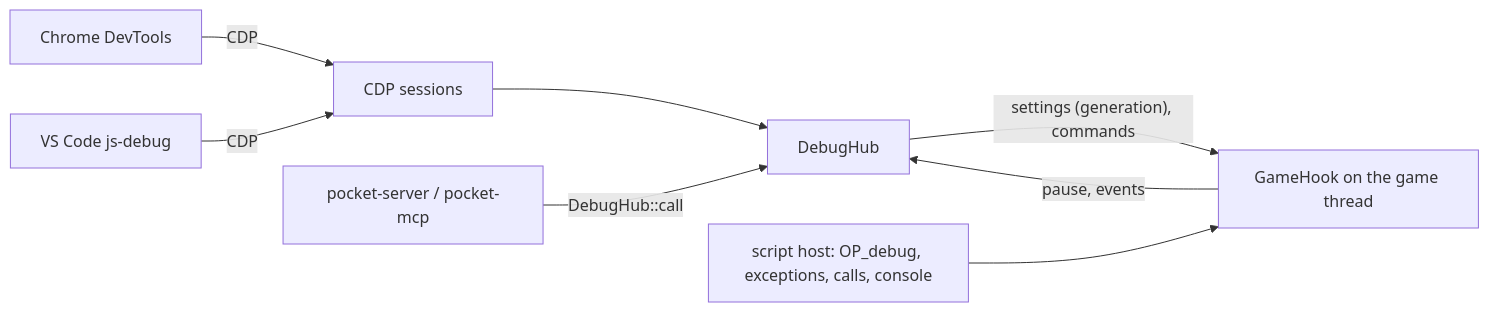
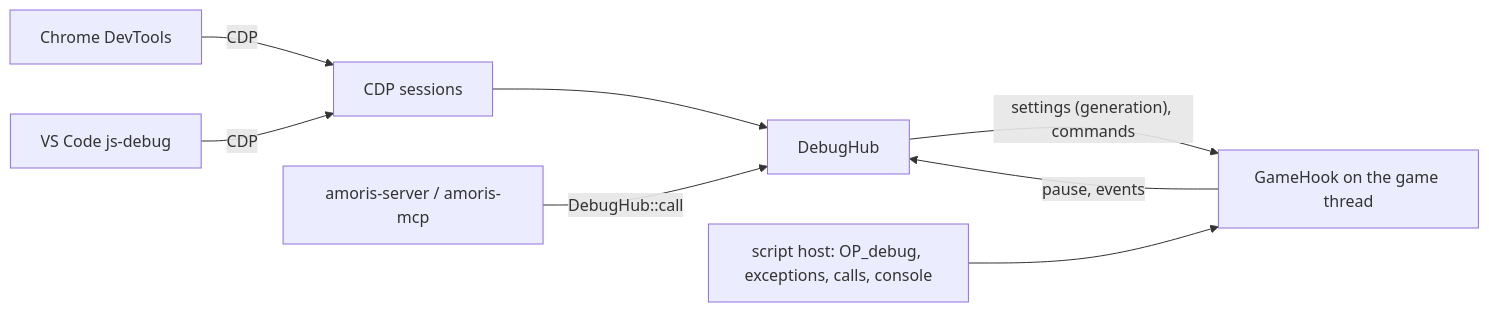
The diagram in docs/spec/debugger.md (qiulinfan/amoris), drawn with Mermaid before and after one commit. The commit also changed other lines of this file and 1334 other files, not shown here.

First line of the commit message:
Rename engine interfaces from pocket to amoris atomically

````diff
--- a/docs/spec/debugger.md
+++ b/docs/spec/debugger.md
@@ -29,10 +29,10 @@
 ```mermaid
 flowchart LR
     devtools[Chrome DevTools] -- CDP --> cdp
     vscode[VS Code js-debug] -- CDP --> cdp
-    agent[pocket-server / pocket-mcp] -- "DebugHub::call" --> hub
+    agent[amoris-server / amoris-mcp] -- "DebugHub::call" --> hub
     cdp[CDP sessions] --> hub[DebugHub]
     hub -- "settings (generation), commands" --> hook[GameHook on the game thread]
     hook -- "pause, events" --> hub
     host[script host: OP_debug, exceptions, calls, console] --> hook
 ```
````
